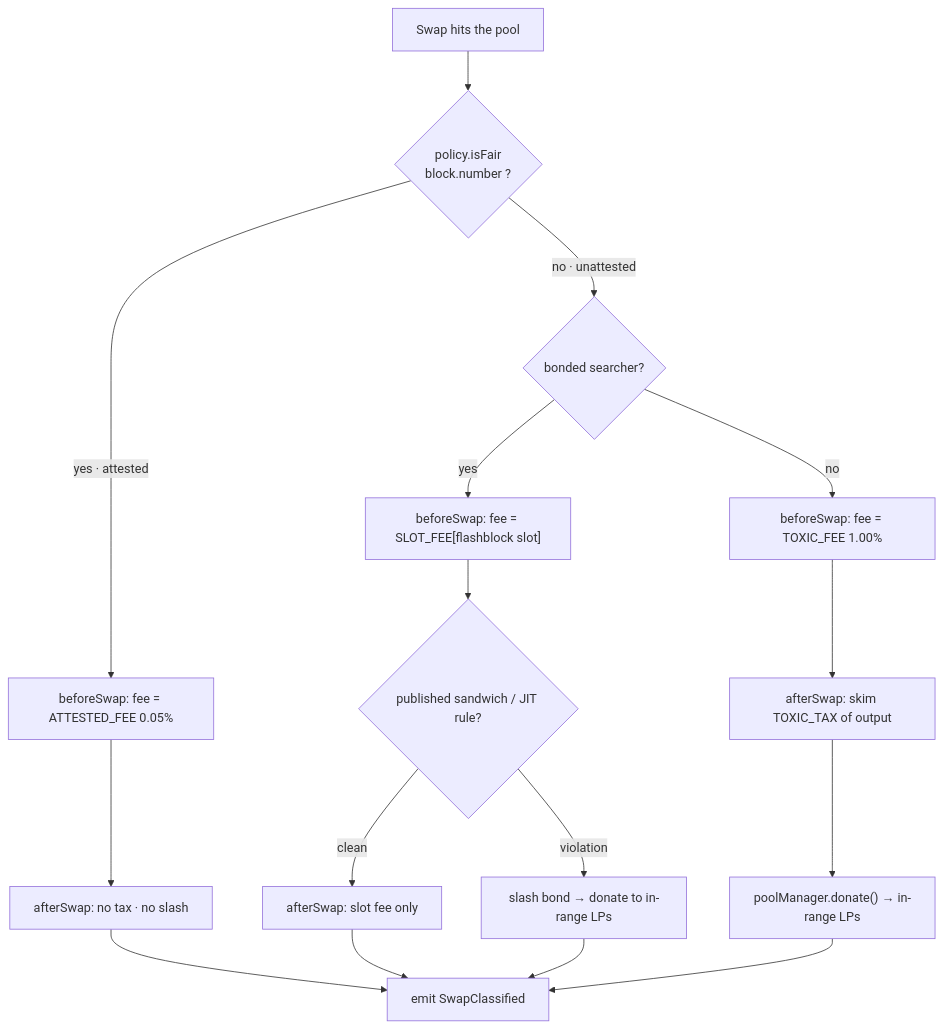
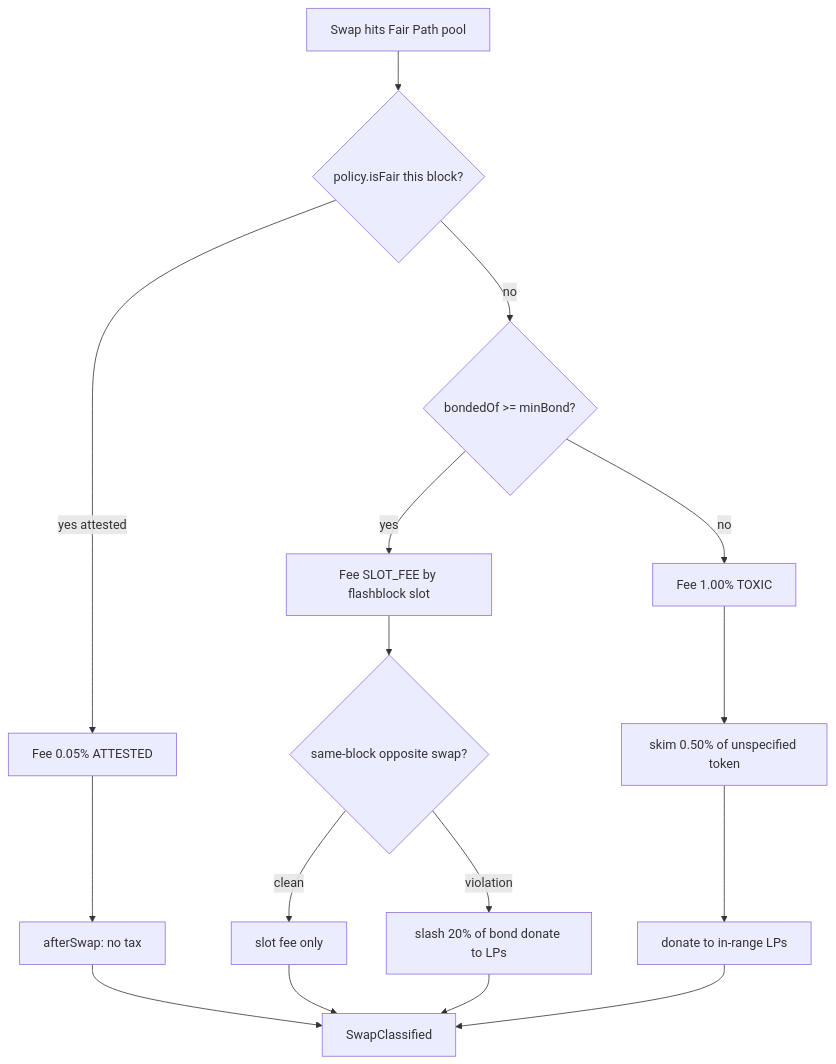
Before and after one commit to Najnomics/fair-path: the first of 3 diagrams in README.md, drawn with Mermaid. The commit also changed other lines of this file, not shown here.

Commit message:
Expand the README with idea, flow, deployments, integrations, and the business case.

````diff
--- a/README.md
+++ b/README.md
@@ -48,18 +55,18 @@
 ```mermaid
 flowchart TD
-    A[Swap hits the pool] --> B{policy.isFair<br/>block.number ?}
-    B -- "yes · attested" --> C["beforeSwap: fee = ATTESTED_FEE 0.05%"]
-    C --> D[afterSwap: no tax · no slash]
-    B -- "no · unattested" --> E{bonded searcher?}
-    E -- "yes" --> F["beforeSwap: fee = SLOT_FEE[flashblock slot]"]
-    F --> G{published sandwich / JIT rule?}
-    G -- "clean" --> H[afterSwap: slot fee only]
-    G -- "violation" --> I["slash bond → donate to in-range LPs"]
-    E -- "no" --> J["beforeSwap: fee = TOXIC_FEE 1.00%"]
-    J --> K["afterSwap: skim TOXIC_TAX of output"]
-    K --> L["poolManager.donate() → in-range LPs"]
-    D --> M[emit SwapClassified]
+    A[Swap hits Fair Path pool] --> B{policy.isFair this block?}
+    B -->|yes attested| C[Fee 0.05% ATTESTED]
+    C --> D[afterSwap: no tax]
+    B -->|no| E{bondedOf >= minBond?}
+    E -->|yes| F[Fee SLOT_FEE by flashblock slot]
+    F --> G{same-block opposite swap?}
+    G -->|clean| H[slot fee only]
+    G -->|violation| I[slash 20% of bond donate to LPs]
+    E -->|no| J[Fee 1.00% TOXIC]
+    J --> K[skim 0.50% of unspecified token]
+    K --> L[donate to in-range LPs]
+    D --> M[SwapClassified]
     H --> M
     I --> M
     L --> M
 ```
````
